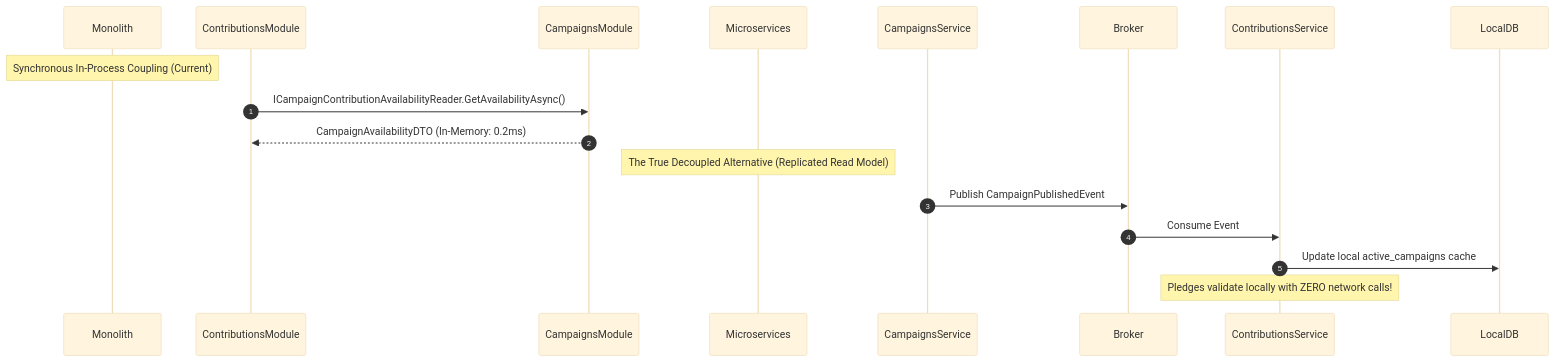
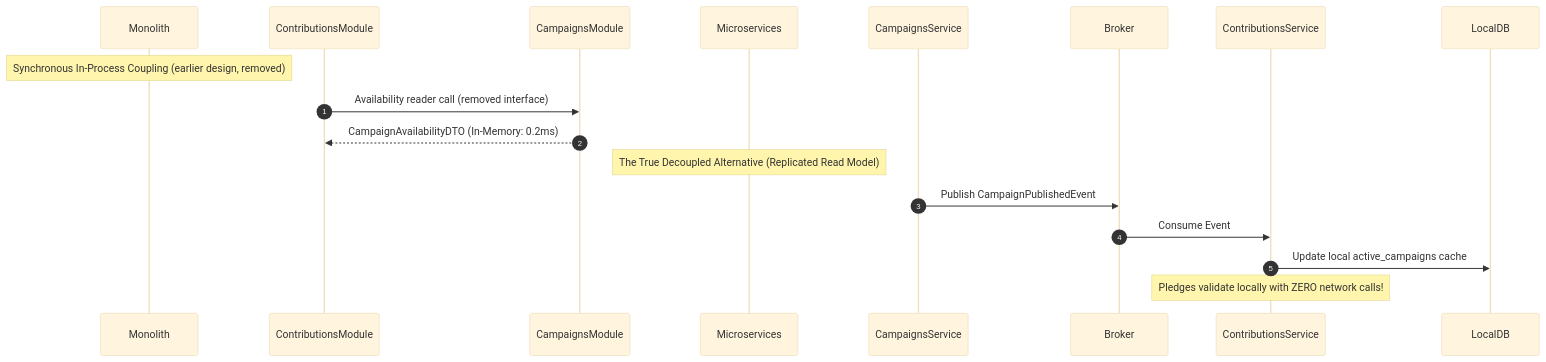
The eighth of 8 diagrams in docs/educational-evaluation.md (maysamgamini/crowdfundinghub), drawn with Mermaid (base theme) before and after one commit. The commit also changed other lines of this file and 31 other files, not shown here.

````diff
--- a/docs/educational-evaluation.md
+++ b/docs/educational-evaluation.md
@@ -551,13 +537,13 @@
 ```mermaid
 sequenceDiagram
     autonumber
-    Note over Monolith: Synchronous In-Process Coupling (Current)
-    ContributionsModule->>CampaignsModule: ICampaignContributionAvailabilityReader.GetAvailabilityAsync()
+    Note over Monolith: Synchronous In-Process Coupling (earlier design, removed)
+    ContributionsModule->>CampaignsModule: Availability reader call (removed interface)
     CampaignsModule-->>ContributionsModule: CampaignAvailabilityDTO (In-Memory: 0.2ms)
 
     Note over Microservices: The True Decoupled Alternative (Replicated Read Model)
     CampaignsService->>Broker: Publish CampaignPublishedEvent
     Broker->>ContributionsService: Consume Event
     ContributionsService->>LocalDB: Update local active_campaigns cache
     Note over ContributionsService: Pledges validate locally with ZERO network calls!
 ```
````
